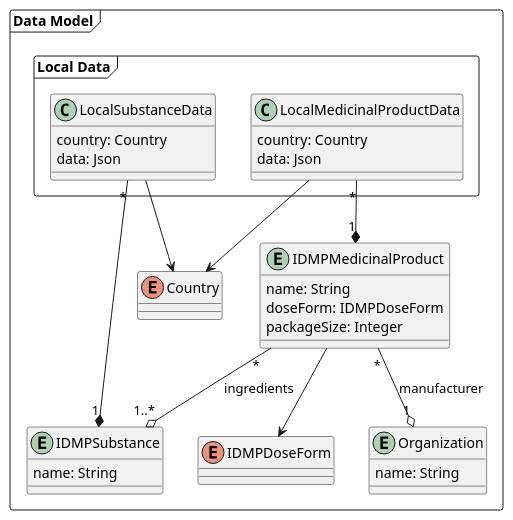
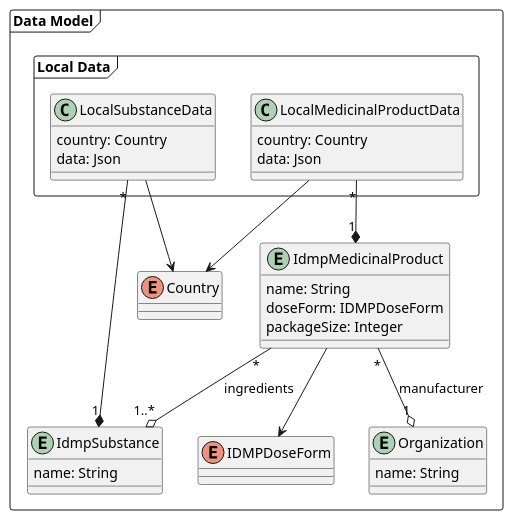
Before and after one commit to unicom-project-eu/wp6-db-api: the diagram in uml/class/datamodel.puml, drawn with PlantUML.

Commit message:
Use camel case

```diff
--- a/uml/class/datamodel.puml
+++ b/uml/class/datamodel.puml
@@ -1,45 +1,45 @@
 @startuml
 'skinparam linetype ortho
 
 package "Data Model" as datamodel <<frame>> {
     enum IDMPDoseForm {}
     enum Country {}
 
-    entity IDMPSubstance {
+    entity IdmpSubstance {
         name: String
     }
 
-    entity IDMPMedicinalProduct {
+    entity IdmpMedicinalProduct {
         name: String
         doseForm: IDMPDoseForm
         packageSize: Integer
     }
 
     entity Organization {
         name: String
     }
 
     package "Local Data" as local <<frame>> {
         class LocalMedicinalProductData {
             country: Country
             data: Json
         }
 
         class LocalSubstanceData {
             country: Country
             data: Json
         }
 
         LocalMedicinalProductData --> Country
-        LocalMedicinalProductData "*" --* "1" IDMPMedicinalProduct
+        LocalMedicinalProductData "*" --* "1" IdmpMedicinalProduct
 
         LocalSubstanceData --> Country
-        LocalSubstanceData "*" --* "1" IDMPSubstance
+        LocalSubstanceData "*" --* "1" IdmpSubstance
     }
 
-    IDMPMedicinalProduct --> IDMPDoseForm
-    IDMPMedicinalProduct "*" --o "1" Organization : manufacturer
-    IDMPMedicinalProduct "*" --o "1..*" IDMPSubstance : ingredients
+    IdmpMedicinalProduct --> IDMPDoseForm
+    IdmpMedicinalProduct "*" --o "1" Organization : manufacturer
+    IdmpMedicinalProduct "*" --o "1..*" IdmpSubstance : ingredients
 }
 
 @enduml
```
